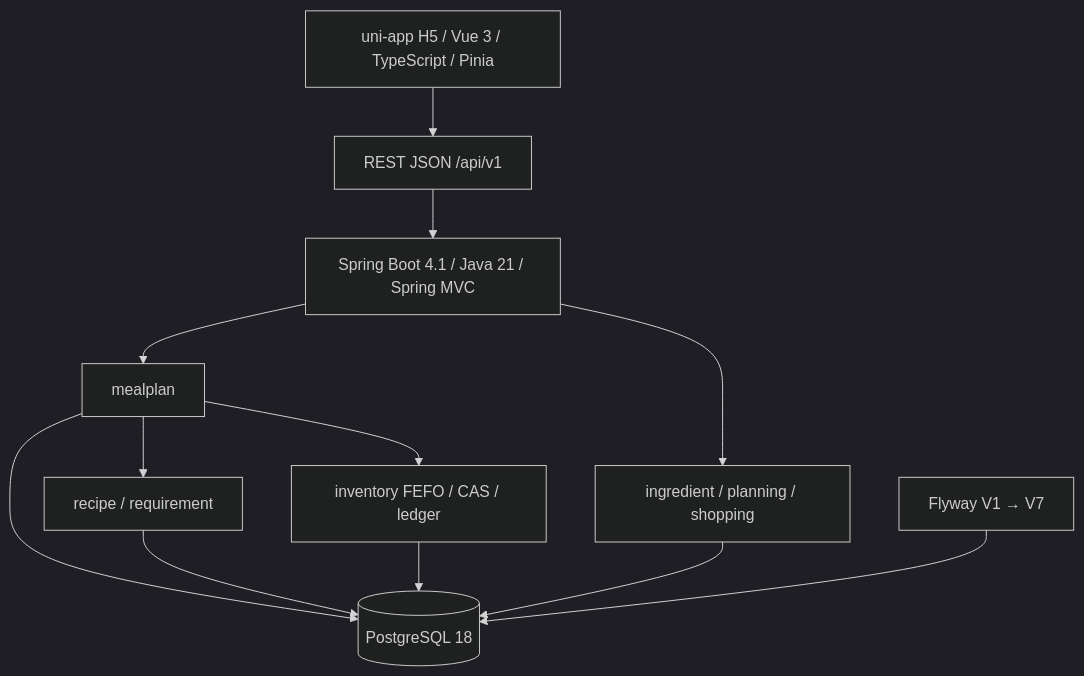
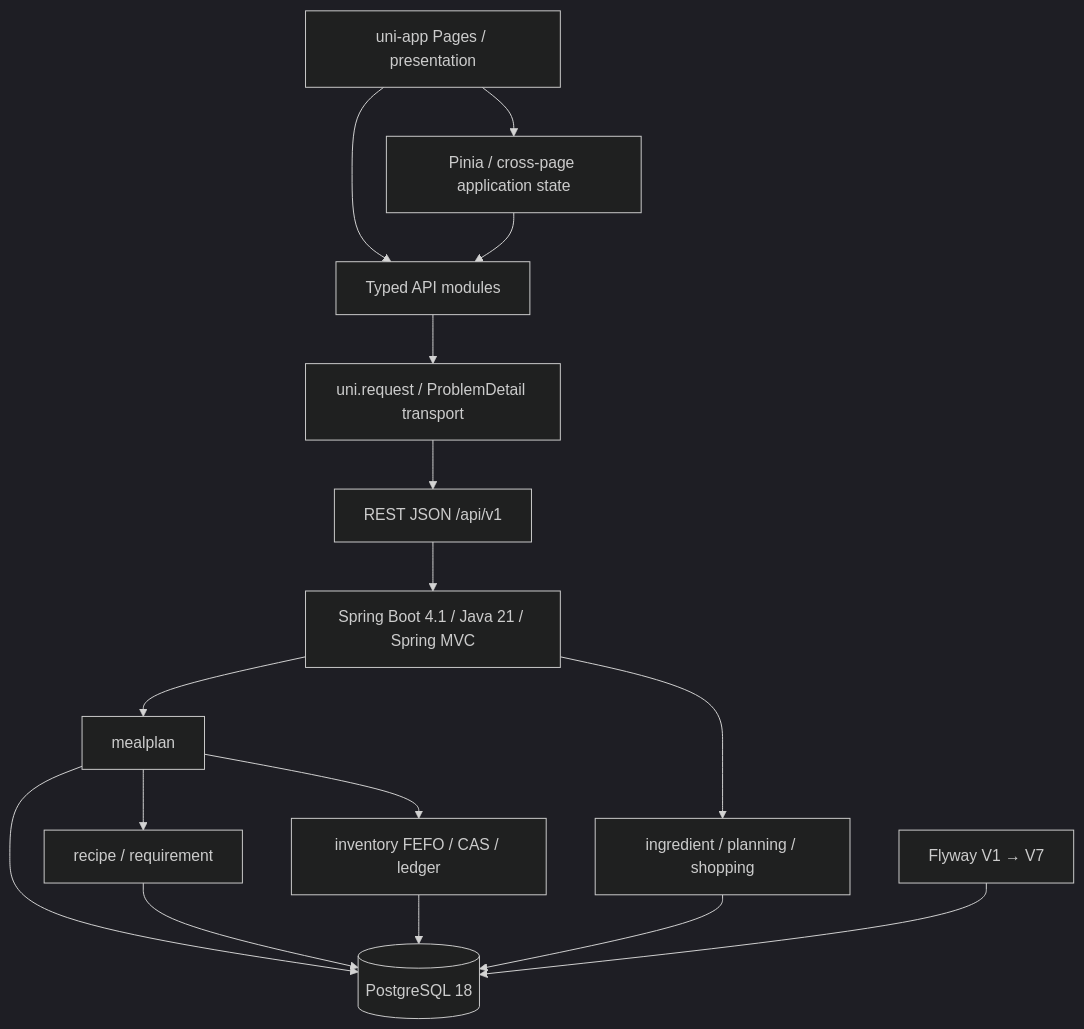
The diagram in docs/architecture/system-architecture.md (xuhangwardell/MealOPS), drawn with Mermaid (dark theme) before and after one commit. The commit also changed other lines of this file and 35 other files, not shown here.

````diff
--- a/docs/architecture/system-architecture.md
+++ b/docs/architecture/system-architecture.md
@@ -33,22 +33,28 @@
 ```mermaid
 flowchart TB
-  Client["uni-app H5 / Vue 3 / TypeScript / Pinia"]
+  Pages["uni-app Pages / presentation"]
+  Store["Pinia / cross-page application state"]
+  ApiModule["Typed API modules"]
+  Client["uni.request / ProblemDetail transport"]
   API["REST JSON /api/v1"]
   Backend["Spring Boot 4.1 / Java 21 / Spring MVC"]
   MealPlan["mealplan"]
   Recipe["recipe / requirement"]
   Inventory["inventory FEFO / CAS / ledger"]
   Other["ingredient / planning / shopping"]
   DB[(PostgreSQL 18)]
   Flyway["Flyway V1 → V7"]
-  Client --> API --> Backend
+  Pages --> Store
+  Pages --> ApiModule
+  Store --> ApiModule
+  ApiModule --> Client --> API --> Backend
   Backend --> MealPlan
   MealPlan --> Recipe
   MealPlan --> Inventory
   Backend --> Other
   MealPlan --> DB
   Recipe --> DB
   Inventory --> DB
   Other --> DB
   Flyway --> DB
 ```
````
